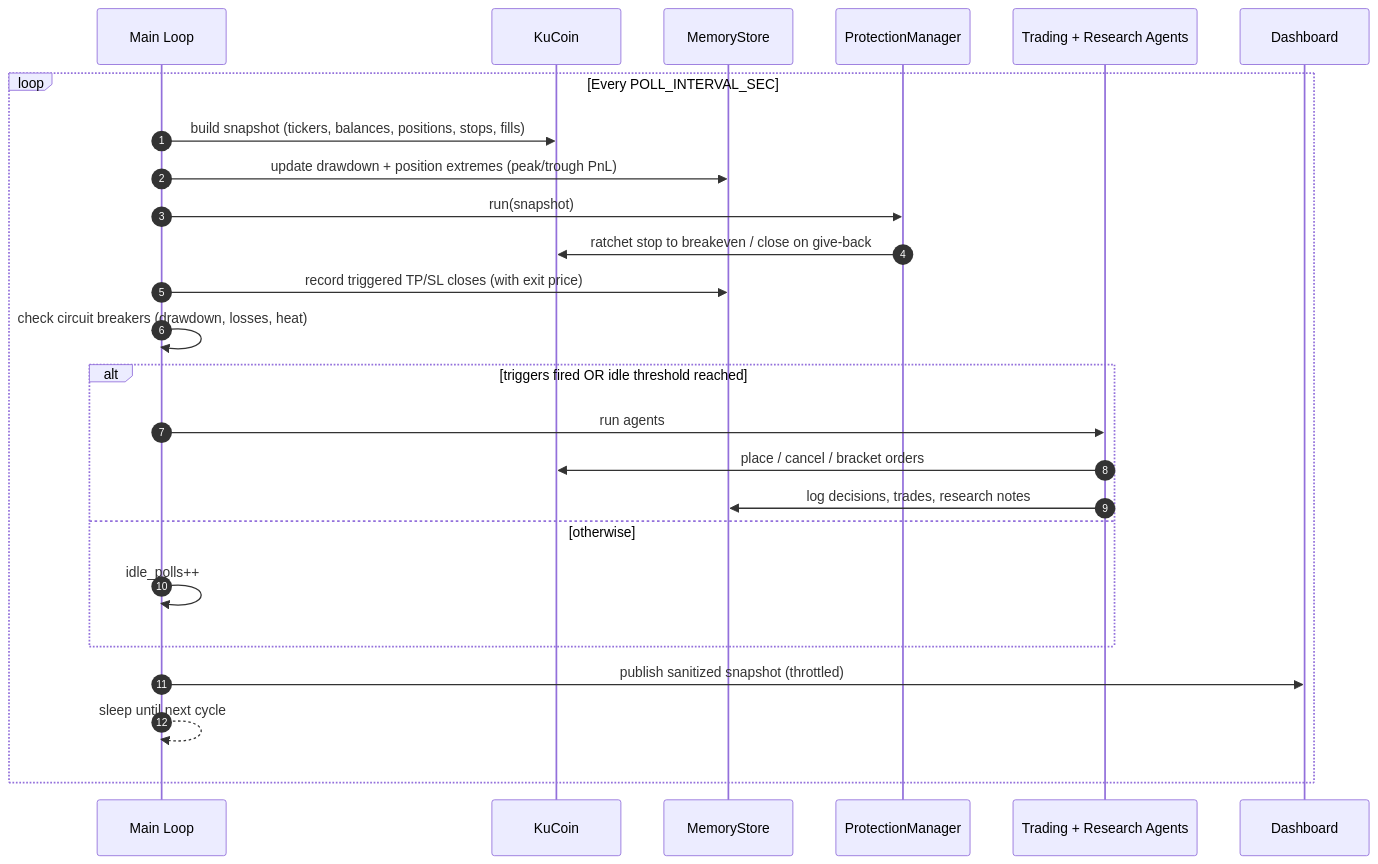
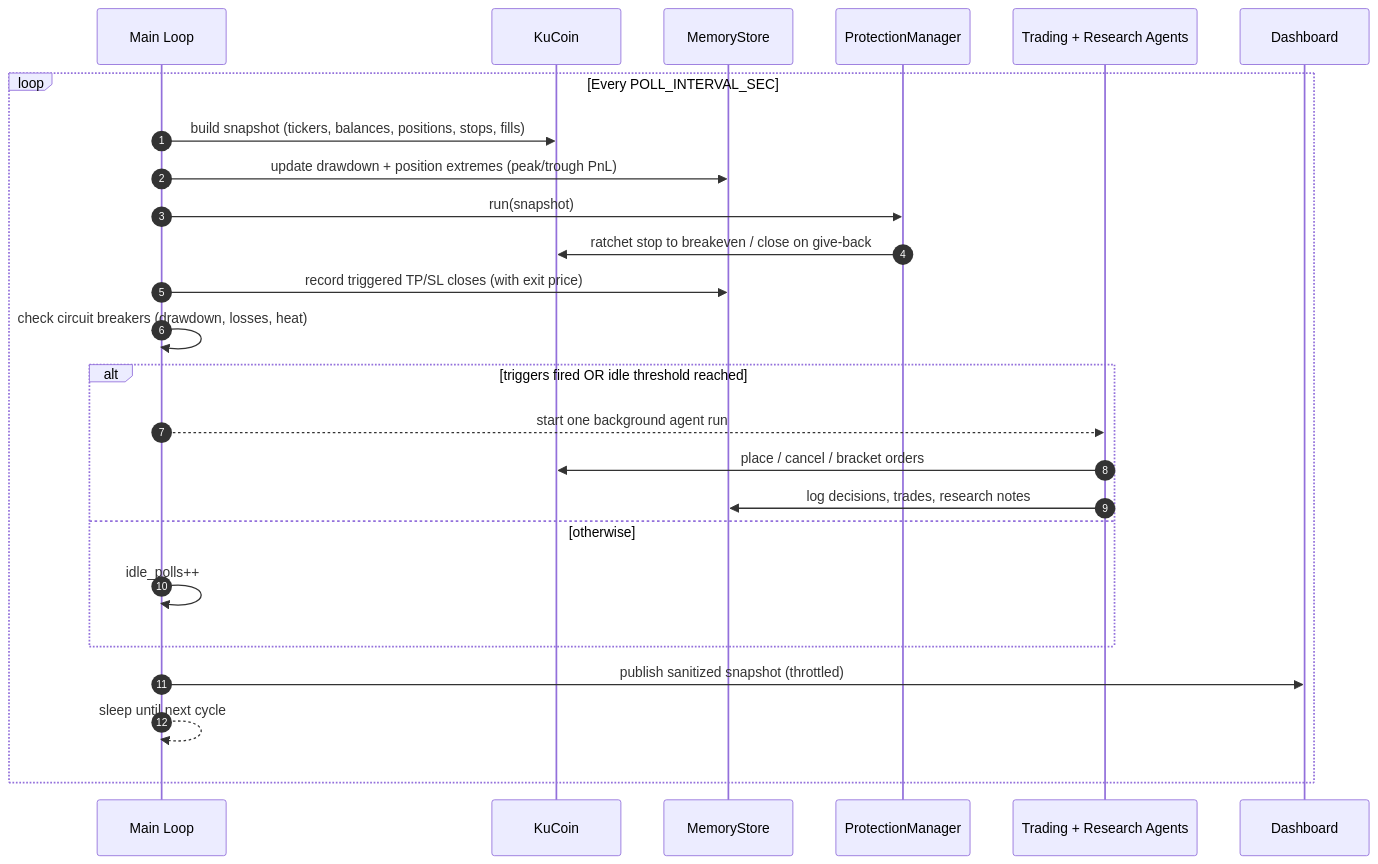
Before and after one commit to abozaralizadeh/trAIde: the second of 5 diagrams in README.md, drawn with Mermaid. The commit also changed other lines of this file and 20 other files, not shown here.

First line of the commit message:
Background agent runs with revocable authority and atomic entry brackets

````diff
--- a/README.md
+++ b/README.md
@@ -76,28 +76,28 @@
 ```mermaid
 sequenceDiagram
     autonumber
     participant L as Main Loop
     participant K as KuCoin
     participant M as MemoryStore
     participant P as ProtectionManager
     participant A as Trading + Research Agents
     participant D as Dashboard
 
     loop Every POLL_INTERVAL_SEC
         L->>K: build snapshot (tickers, balances, positions, stops, fills)
         L->>M: update drawdown + position extremes (peak/trough PnL)
         L->>P: run(snapshot)
         P->>K: ratchet stop to breakeven / close on give-back
         L->>M: record triggered TP/SL closes (with exit price)
         L->>L: check circuit breakers (drawdown, losses, heat)
         alt triggers fired OR idle threshold reached
-            L->>A: run agents
+            L-->>A: start one background agent run
             A->>K: place / cancel / bracket orders
             A->>M: log decisions, trades, research notes
         else otherwise
             L->>L: idle_polls++
         end
         L->>D: publish sanitized snapshot (throttled)
         L-->>L: sleep until next cycle
     end
 ```
````
